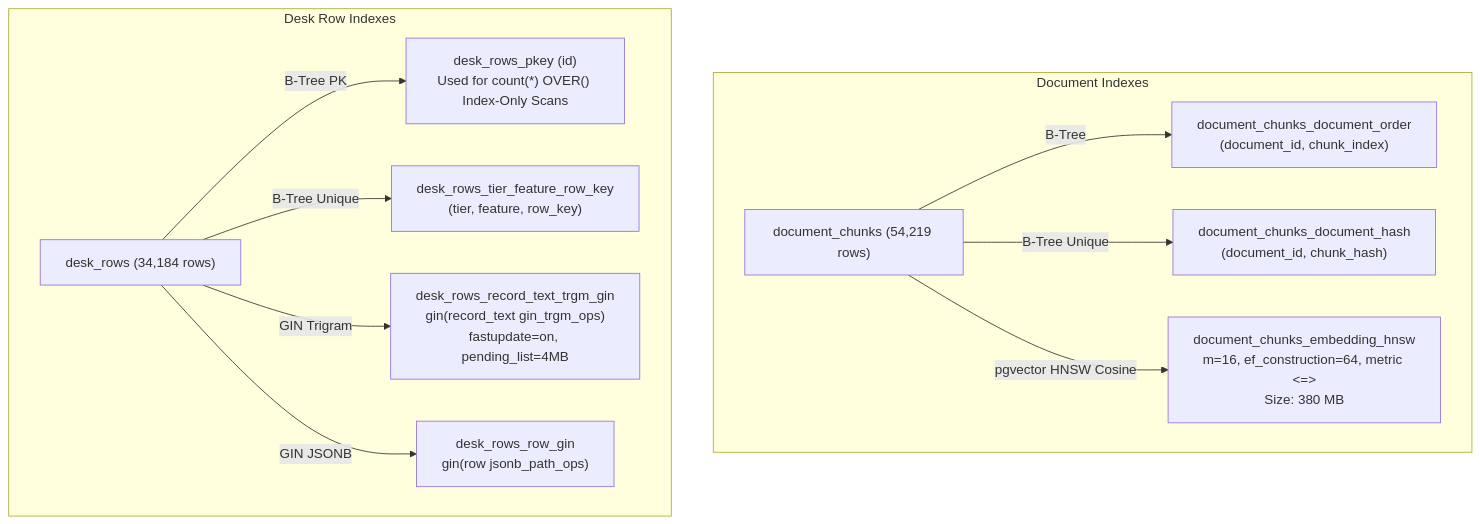
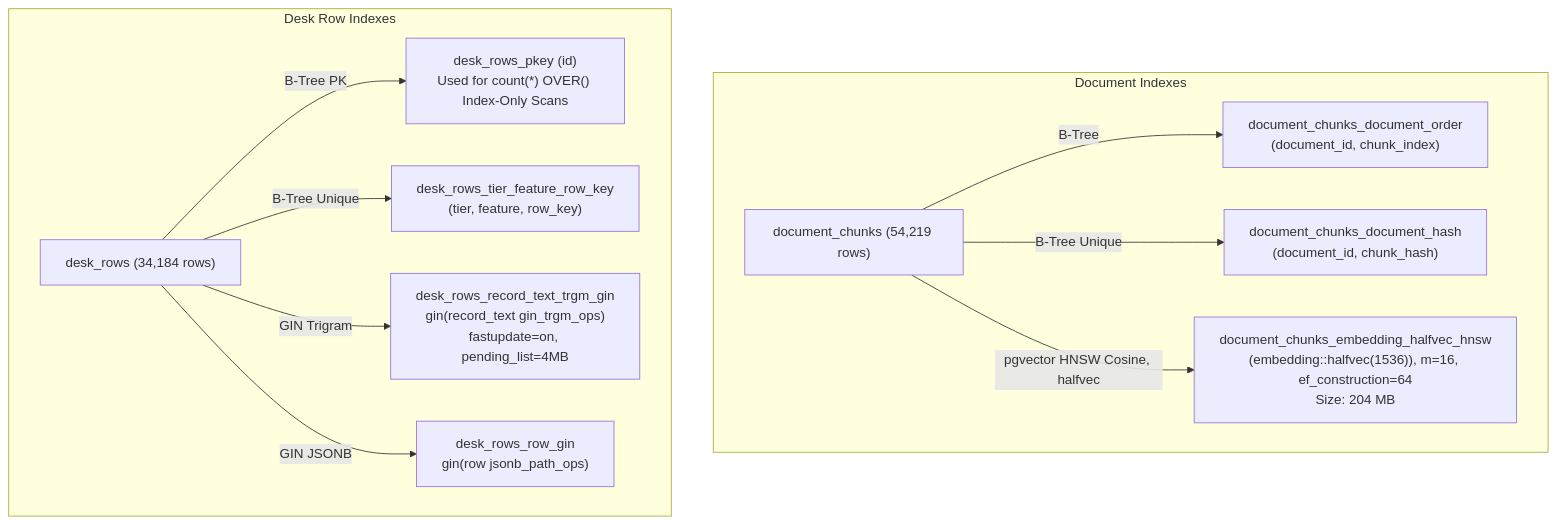
One commit to ddllabs/niyantran changed the second of 2 diagrams in docs/Architectures/02-database-schema-and-tables.md. Above: the diagram before and after it, drawn with Mermaid. The commit also changed other lines of this file and 11 other files, not shown here.

````diff
--- a/docs/Architectures/02-database-schema-and-tables.md
+++ b/docs/Architectures/02-database-schema-and-tables.md
@@ -398,17 +398,17 @@
 ```mermaid
 flowchart TD
     subgraph Document Indexes
         D1["document_chunks (54,219 rows)"]
         D1 -->|B-Tree| IDX_ORDER["document_chunks_document_order<br/>(document_id, chunk_index)"]
         D1 -->|B-Tree Unique| IDX_HASH["document_chunks_document_hash<br/>(document_id, chunk_hash)"]
-        D1 -->|pgvector HNSW Cosine| IDX_VEC["document_chunks_embedding_hnsw<br/>m=16, ef_construction=64, metric <=><br/>Size: 380 MB"]
+        D1 -->|pgvector HNSW Cosine, halfvec| IDX_VEC["document_chunks_embedding_halfvec_hnsw<br/>(embedding::halfvec(1536)), m=16, ef_construction=64<br/>Size: 204 MB"]
     end
 
     subgraph Desk Row Indexes
         R1["desk_rows (34,184 rows)"]
         R1 -->|B-Tree PK| IDX_PK["desk_rows_pkey (id)<br/>Used for count(*) OVER() Index-Only Scans"]
         R1 -->|B-Tree Unique| IDX_ROW["desk_rows_tier_feature_row_key<br/>(tier, feature, row_key)"]
         R1 -->|GIN Trigram| IDX_TRGM["desk_rows_record_text_trgm_gin<br/>gin(record_text gin_trgm_ops)<br/>fastupdate=on, pending_list=4MB"]
         R1 -->|GIN JSONB| IDX_GIN["desk_rows_row_gin<br/>gin(row jsonb_path_ops)"]
     end
 ```
````
